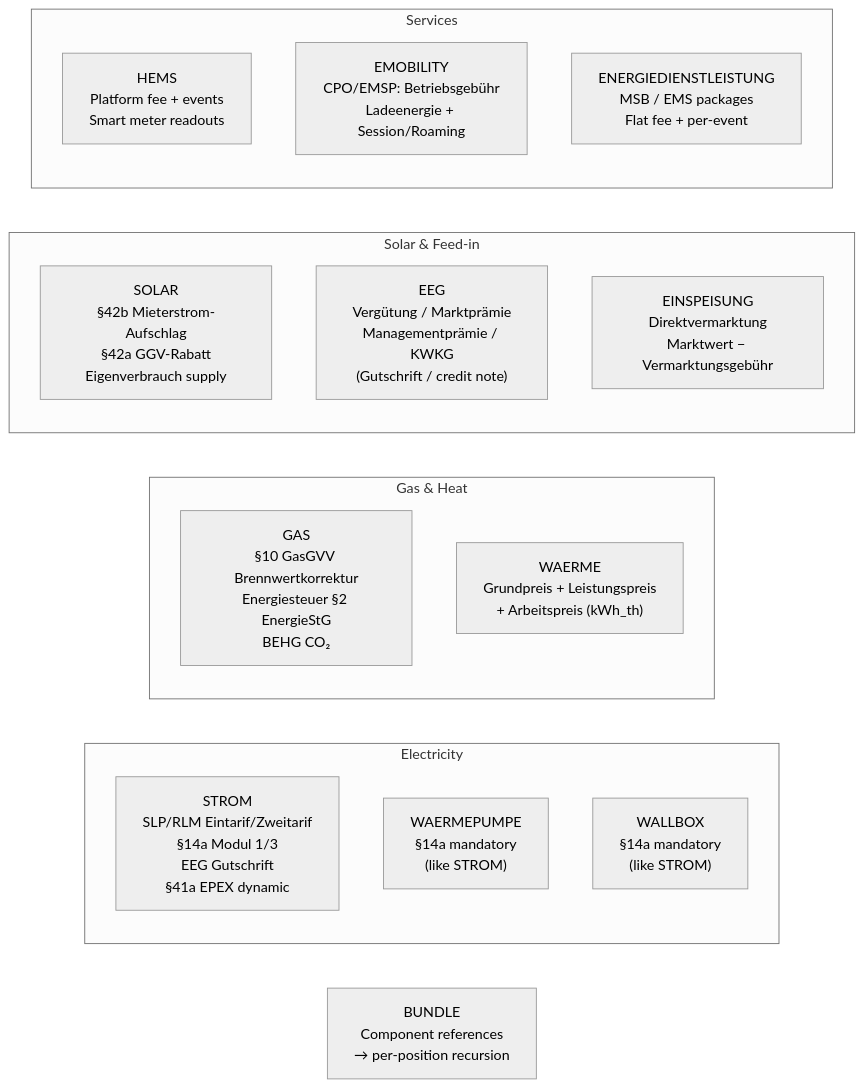
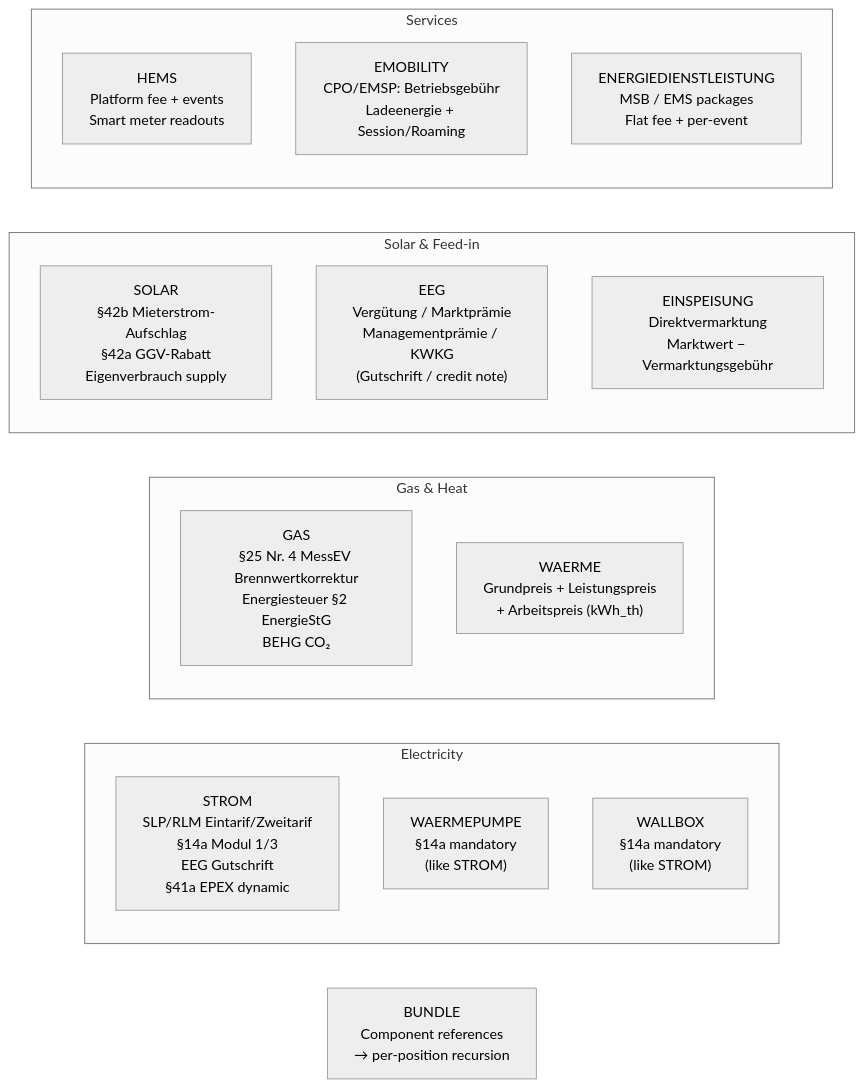
One commit to hupe1980/mako changed the second of 3 diagrams in docs/billingd.md. Above: the diagram before and after it, drawn with Mermaid (neutral theme). The commit also changed other lines of this file and 119 other files, not shown here.

````diff
--- a/docs/billingd.md
+++ b/docs/billingd.md
@@ -112,23 +112,23 @@
 ```mermaid
 graph LR
     subgraph energy [Electricity]
         STROM["STROM<br/>SLP/RLM Eintarif/Zweitarif<br/>§14a Modul 1/3<br/>EEG Gutschrift<br/>§41a EPEX dynamic"]
         WP["WAERMEPUMPE<br/>§14a mandatory<br/>(like STROM)"]
         WB["WALLBOX<br/>§14a mandatory<br/>(like STROM)"]
     end
     subgraph heat_gas ["Gas & Heat"]
-        GAS["GAS<br/>§10 GasGVV Brennwertkorrektur<br/>Energiesteuer §2 EnergieStG<br/>BEHG CO₂"]
+        GAS["GAS<br/>§25 Nr. 4 MessEV Brennwertkorrektur<br/>Energiesteuer §2 EnergieStG<br/>BEHG CO₂"]
         WAERME["WAERME<br/>Grundpreis + Leistungspreis<br/>+ Arbeitspreis (kWh_th)"]
     end
     subgraph solar_eeg ["Solar & Feed-in"]
         SOLAR["SOLAR<br/>§42b Mieterstrom-Aufschlag<br/>§42a GGV-Rabatt<br/>Eigenverbrauch supply"]
         EEG["EEG<br/>Vergütung / Marktprämie<br/>Managementprämie / KWKG<br/>(Gutschrift / credit note)"]
         EINSP["EINSPEISUNG<br/>Direktvermarktung<br/>Marktwert − Vermarktungsgebühr"]
     end
     subgraph services [Services]
         HEMS["HEMS<br/>Platform fee + events<br/>Smart meter readouts"]
         EMOB["EMOBILITY<br/>CPO/EMSP: Betriebsgebühr<br/>Ladeenergie + Session/Roaming"]
         EDL["ENERGIEDIENSTLEISTUNG<br/>MSB / EMS packages<br/>Flat fee + per-event"]
     end
     BUNDLE["BUNDLE<br/>Component references<br/>→ per-position recursion"]
 ```
````
